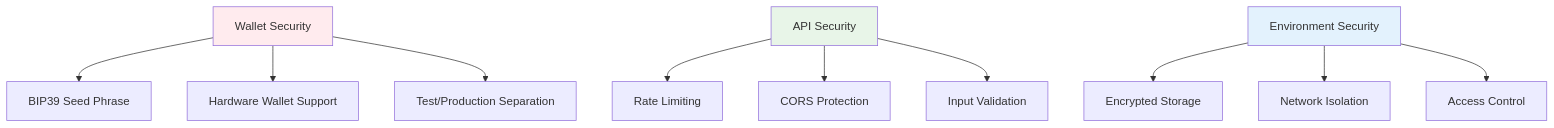
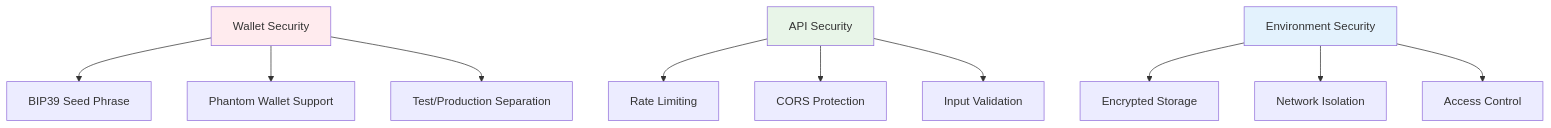
The sixth of 12 diagrams in README.md (SoldevBot/meteora-rsi-trading-bot), drawn with Mermaid before and after one commit. The commit also changed other lines of this file, not shown here.

Commit message:
change support for phantom wallet

````diff
--- a/README.md
+++ b/README.md
@@ -322,18 +322,18 @@
 ```mermaid
 graph TD
     A[Wallet Security] --> B[BIP39 Seed Phrase]
-    A --> C[Hardware Wallet Support]
+    A --> C[Phantom Wallet Support]
     A --> D[Test/Production Separation]
     
     E[API Security] --> F[Rate Limiting]
     E --> G[CORS Protection]
     E --> H[Input Validation]
     
     I[Environment Security] --> J[Encrypted Storage]
     I --> K[Network Isolation]
     I --> L[Access Control]
     
     style A fill:#ffebee
     style E fill:#e8f5e8
     style I fill:#e3f2fd
 ```
````
